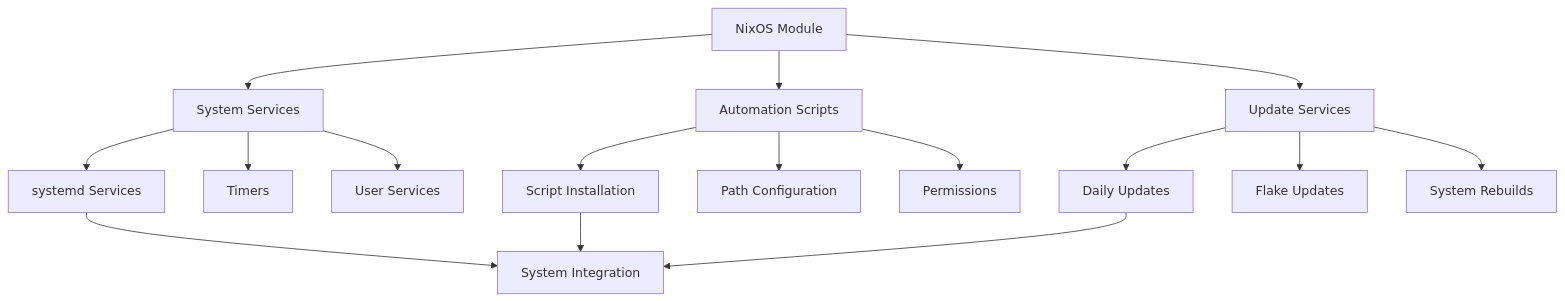
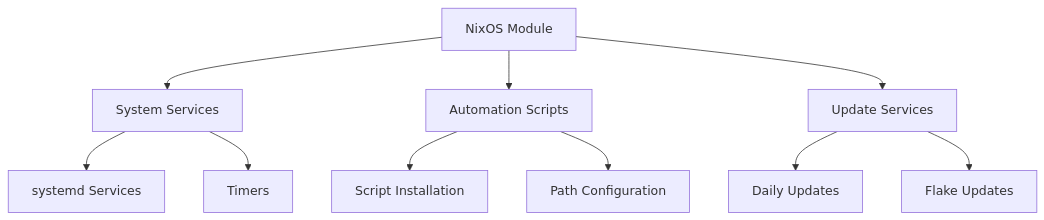
One commit to Hydepwns/nix-mox changed the fifth of 5 diagrams in docs/architecture/ARCHITECTURE.md. Above: the diagram before and after it, drawn with Mermaid. The commit also changed other lines of this file and 145 other files, not shown here.

````diff
--- a/docs/architecture/ARCHITECTURE.md
+++ b/docs/architecture/ARCHITECTURE.md
@@ -187,22 +105,15 @@
 ```mermaid
 graph TD
     A[NixOS Module] --> B[System Services]
     A --> C[Automation Scripts]
     A --> D[Update Services]
     
     B --> B1[systemd Services]
     B --> B2[Timers]
-    B --> B3[User Services]
     
     C --> C1[Script Installation]
     C --> C2[Path Configuration]
-    C --> C3[Permissions]
     
     D --> D1[Daily Updates]
     D --> D2[Flake Updates]
-    D --> D3[System Rebuilds]
-    
-    B1 --> E[System Integration]
-    C1 --> E
-    D1 --> E
 ```
````
